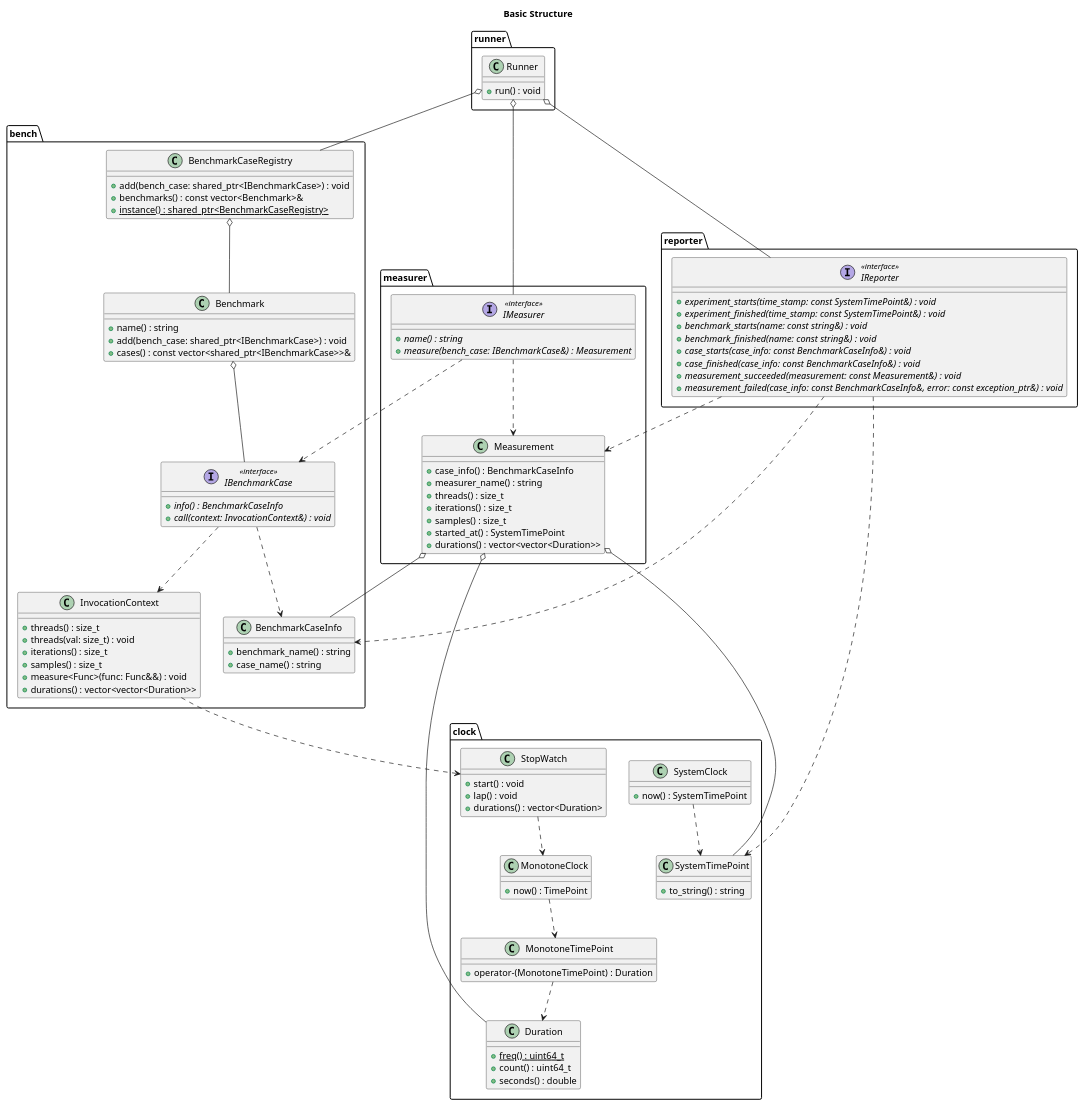
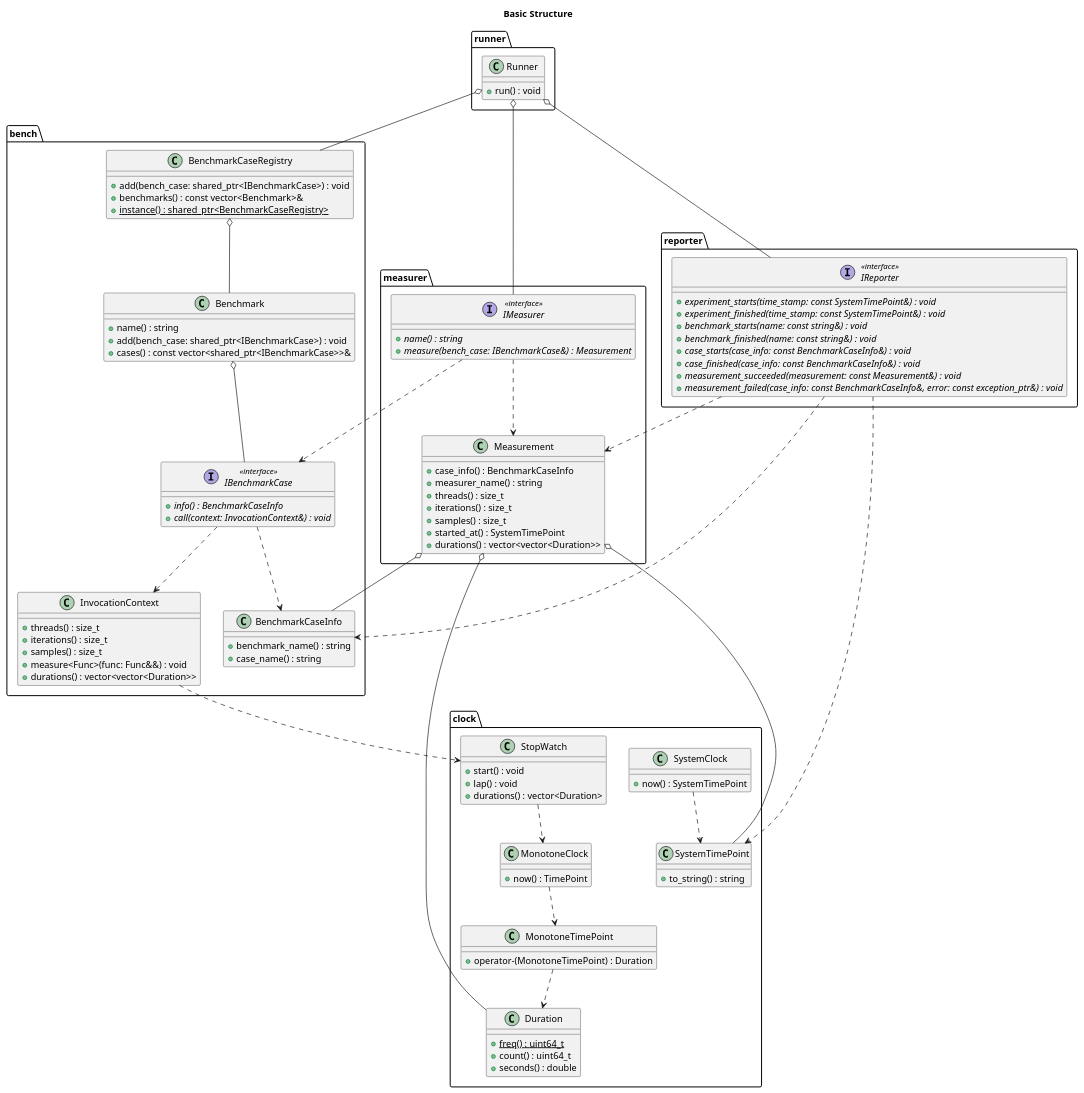
One commit to MusicScience37/cpp-stat-bench changed the diagram in doc/sphinx/src/basic_design/basic_structure.puml. Above: the diagram before and after it, drawn with PlantUML. The commit also changed 5 other files, not shown here.

```diff
--- a/doc/sphinx/src/basic_design/basic_structure.puml
+++ b/doc/sphinx/src/basic_design/basic_structure.puml
@@ -1,124 +1,123 @@
 @startuml basic_structure
 
 title Basic Structure
 
 package clock {
     class Duration {
         {static} + freq() : uint64_t
         + count() : uint64_t
         + seconds() : double
     }
 
     class MonotoneTimePoint {
         + operator-(MonotoneTimePoint) : Duration
     }
     MonotoneTimePoint ..> Duration
 
     class MonotoneClock {
         + now() : TimePoint
     }
     MonotoneClock ..> MonotoneTimePoint
 
     class StopWatch {
         + start() : void
         + lap() : void
         + durations() : vector<Duration>
     }
     StopWatch ..> MonotoneClock
 
     class SystemTimePoint {
         + to_string() : string
     }
 
     class SystemClock {
         + now() : SystemTimePoint
     }
     SystemClock ..> SystemTimePoint
 }
 
 package bench {
     class InvocationContext {
         + threads() : size_t
-        + threads(val: size_t) : void
         + iterations() : size_t
         + samples() : size_t
         + measure<Func>(func: Func&&) : void
         + durations() : vector<vector<Duration>>
     }
     InvocationContext ..> StopWatch
 
     class BenchmarkCaseInfo {
         + benchmark_name() : string
         + case_name() : string
     }
 
     interface IBenchmarkCase <<interface>> {
         {abstract} + info() : BenchmarkCaseInfo
         {abstract} + call(context: InvocationContext&) : void
     }
     IBenchmarkCase ..> BenchmarkCaseInfo
     IBenchmarkCase ..> InvocationContext
 
     class Benchmark {
         + name() : string
         + add(bench_case: shared_ptr<IBenchmarkCase>) : void
         + cases() : const vector<shared_ptr<IBenchmarkCase>>&
     }
     Benchmark o-- IBenchmarkCase
 
     class BenchmarkCaseRegistry {
         + add(bench_case: shared_ptr<IBenchmarkCase>) : void
         + benchmarks() : const vector<Benchmark>&
         {static} + instance() : shared_ptr<BenchmarkCaseRegistry>
     }
     BenchmarkCaseRegistry o-- Benchmark
 }
 
 package measurer {
     class Measurement {
         + case_info() : BenchmarkCaseInfo
         + measurer_name() : string
         + threads() : size_t
         + iterations() : size_t
         + samples() : size_t
         + started_at() : SystemTimePoint
         + durations() : vector<vector<Duration>>
     }
     Measurement o-- BenchmarkCaseInfo
     Measurement o-- SystemTimePoint
     Measurement o-- Duration
 
     interface IMeasurer <<interface>> {
         {abstract} + name() : string
         {abstract} + measure(bench_case: IBenchmarkCase&) : Measurement
     }
     IMeasurer ..> IBenchmarkCase
     IMeasurer ..> Measurement
 }
 
 package reporter {
     interface IReporter <<interface>> {
         {abstract} + experiment_starts(time_stamp: const SystemTimePoint&) : void
         {abstract} + experiment_finished(time_stamp: const SystemTimePoint&) : void
         {abstract} + benchmark_starts(name: const string&) : void
         {abstract} + benchmark_finished(name: const string&) : void
         {abstract} + case_starts(case_info: const BenchmarkCaseInfo&) : void
         {abstract} + case_finished(case_info: const BenchmarkCaseInfo&) : void
         {abstract} + measurement_succeeded(measurement: const Measurement&) : void
         {abstract} + measurement_failed(case_info: const BenchmarkCaseInfo&, error: const exception_ptr&) : void
     }
     IReporter ..> SystemTimePoint
     IReporter ..> BenchmarkCaseInfo
     IReporter ..> Measurement
 }
 
 package runner {
     class Runner {
         + run() : void
     }
     Runner o-- IMeasurer
     Runner o-- BenchmarkCaseRegistry
     Runner o-- IReporter
 }
 
 @enduml
```
